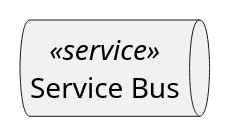
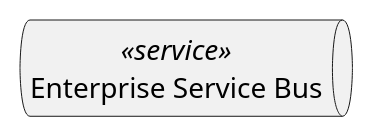
The eighth of 11 diagrams in src/content/docs/includes/common.iuml (petersgiles/silver-octo-architecture), drawn with PlantUML before and after one commit. The commit also changed other lines of this file and 12 other files, not shown here.

```diff
--- a/src/content/docs/includes/common.iuml
+++ b/src/content/docs/includes/common.iuml
@@ -37,3 +53,3 @@
 @startuml(id=svc_esb)    
-    queue "Service Bus" <<service>> as SVC_ESB
+    queue "Enterprise Service Bus" <<service>> as SVC_ESB
 @enduml
```
